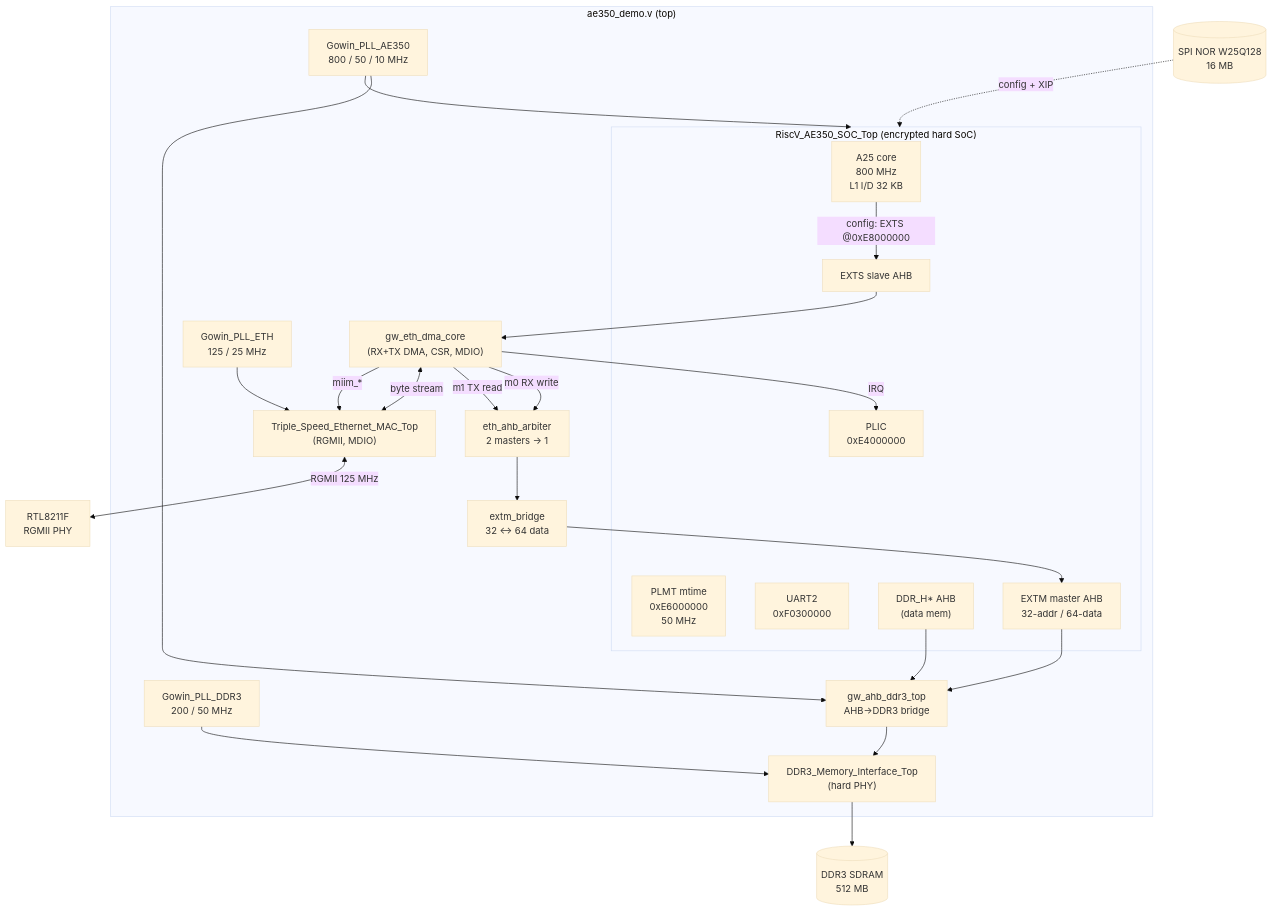
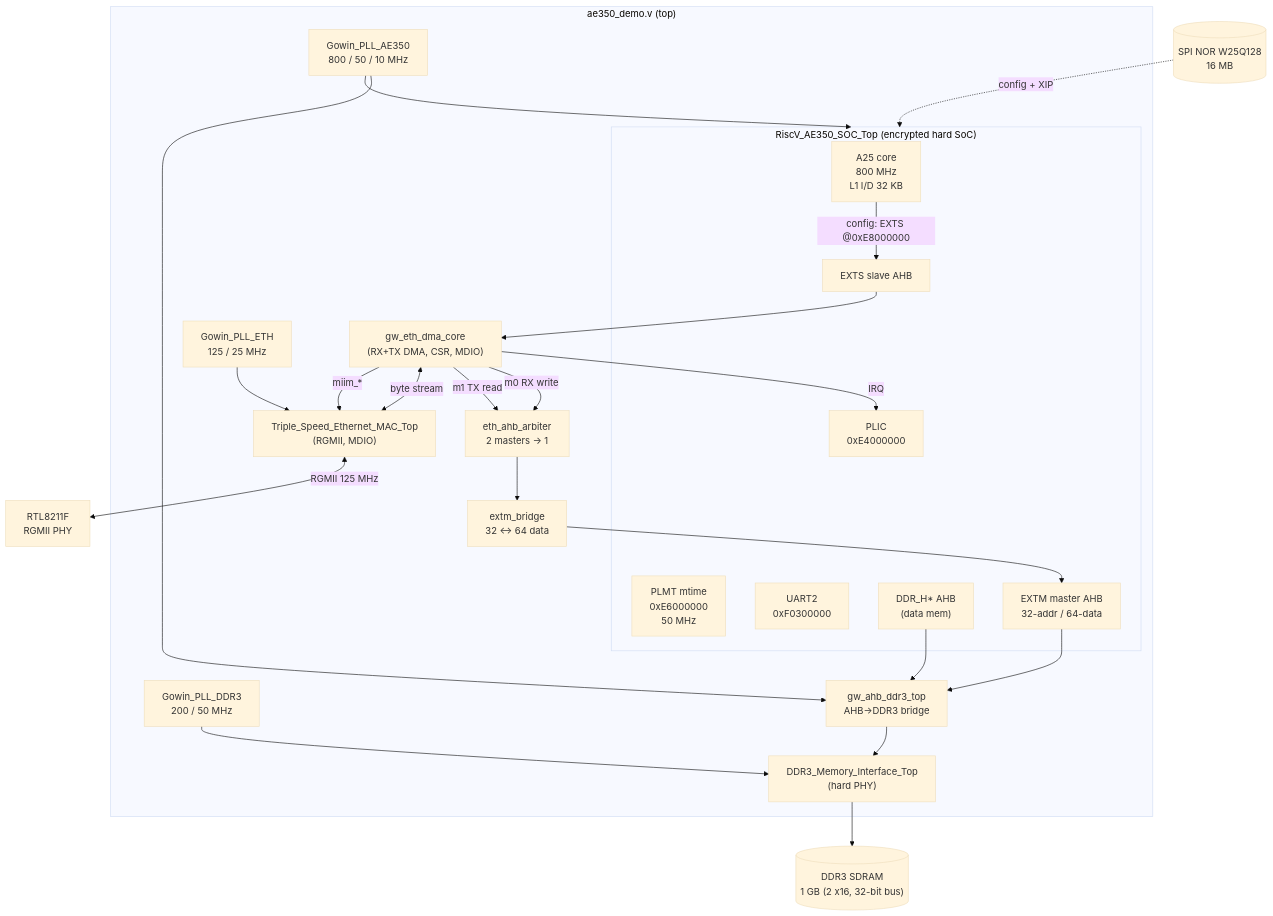
One commit to phoenix367/tang-mega-138K-Pro-demo changed the first of 2 diagrams in doc/01-architecture.md. Above: the diagram before and after it, drawn with Mermaid (base theme). The commit also changed other lines of this file and 29 other files, not shown here.

````diff
--- a/doc/01-architecture.md
+++ b/doc/01-architecture.md
@@ -10,47 +10,47 @@
 ```mermaid
 graph TB
   subgraph TOP["ae350_demo.v (top)"]
     subgraph SOC["RiscV_AE350_SOC_Top (encrypted hard SoC)"]
       A25["A25 core<br/>800 MHz<br/>L1 I/D 32 KB"]
       PLIC["PLIC<br/>0xE4000000"]
       PLMT["PLMT mtime<br/>0xE6000000<br/>50 MHz"]
       UART["UART2<br/>0xF0300000"]
       DDRH["DDR_H* AHB<br/>(data mem)"]
       EXTS["EXTS slave AHB"]
       EXTM["EXTM master AHB<br/>32-addr / 64-data"]
     end
 
     PLLA["Gowin_PLL_AE350<br/>800 / 50 / 10 MHz"]
     PLLD["Gowin_PLL_DDR3<br/>200 / 50 MHz"]
     PLLE["Gowin_PLL_ETH<br/>125 / 25 MHz"]
 
     DDRBR["gw_ahb_ddr3_top<br/>AHB→DDR3 bridge"]
     DDRPHY["DDR3_Memory_Interface_Top<br/>(hard PHY)"]
 
     DMA["gw_eth_dma_core<br/>(RX+TX DMA, CSR, MDIO)"]
     ARB["eth_ahb_arbiter<br/>2 masters → 1"]
     BR["extm_bridge<br/>32 ↔ 64 data"]
     MAC["Triple_Speed_Ethernet_MAC_Top<br/>(RGMII, MDIO)"]
   end
 
   FLASH[("SPI NOR W25Q128<br/>16 MB")]
-  DDR[("DDR3 SDRAM<br/>512 MB")]
+  DDR[("DDR3 SDRAM<br/>1 GB (2 x16, 32-bit bus)")]
   PHYC["RTL8211F<br/>RGMII PHY"]
 
   FLASH -.config + XIP.-> SOC
   PLLA --> SOC
   PLLA --> DDRBR
   PLLD --> DDRPHY
   PLLE --> MAC
 
   DDRH --> DDRBR --> DDRPHY --> DDR
 
   A25 -->|"config: EXTS @0xE8000000"| EXTS --> DMA
   DMA -->|"m0 RX write"| ARB
   DMA -->|"m1 TX read"| ARB
   ARB --> BR --> EXTM --> DDRBR
   DMA <-->|"byte stream"| MAC
   DMA -->|"miim_*"| MAC
   MAC <-->|RGMII 125 MHz| PHYC
   DMA -->|"IRQ"| PLIC
 ```
````
